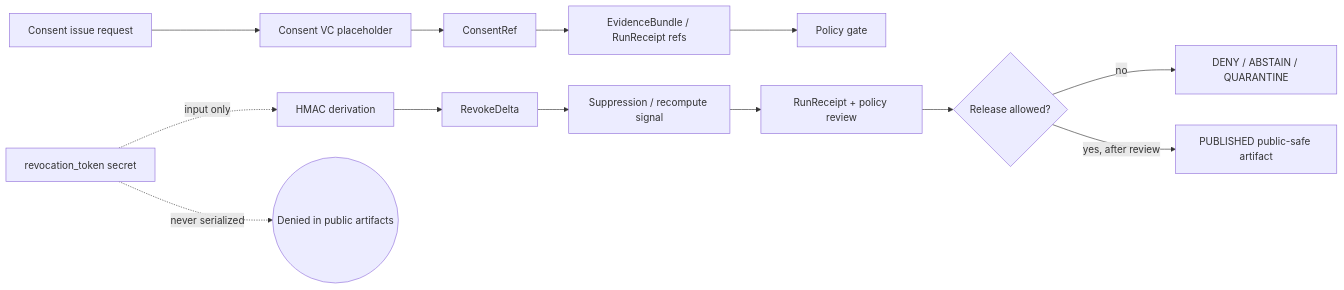
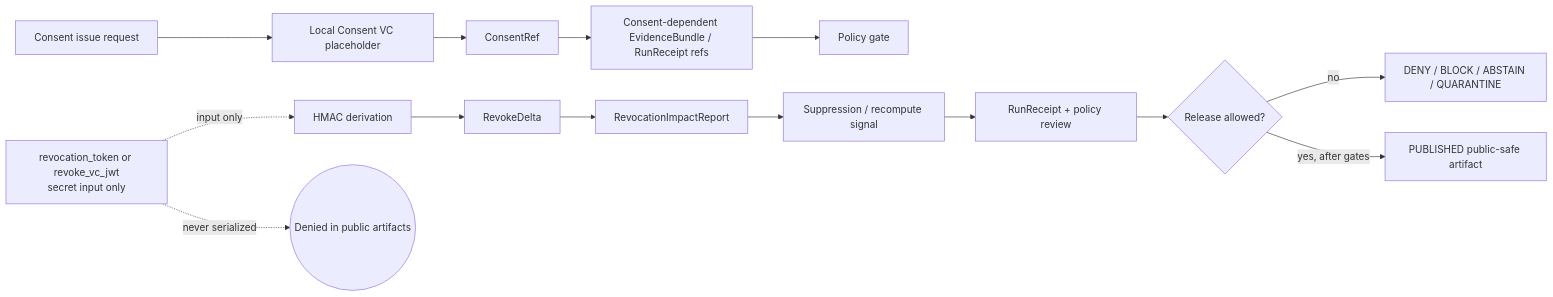
One commit to bartytime4life/Kansas-Frontier-Matrix changed the first of 2 diagrams in docs/control-plane/CONSENT_AND_REVOCATION.md. Above: the diagram before and after it, drawn with Mermaid. The commit also changed other lines of this file, not shown here.

````diff
--- a/docs/control-plane/CONSENT_AND_REVOCATION.md
+++ b/docs/control-plane/CONSENT_AND_REVOCATION.md
@@ -160,17 +171,19 @@
 ```mermaid
 flowchart LR
-    A[Consent issue request] --> B[Consent VC placeholder]
+    A[Consent issue request] --> B[Local Consent VC placeholder]
     B --> C[ConsentRef]
-    C --> D[EvidenceBundle / RunReceipt refs]
+    C --> D[Consent-dependent EvidenceBundle / RunReceipt refs]
     D --> E[Policy gate]
 
-    R[revocation_token secret] -. input only .-> H[HMAC derivation]
+    R[revocation_token or revoke_vc_jwt<br/>secret input only] -. input only .-> H[HMAC derivation]
     H --> I[RevokeDelta]
-    I --> J[Suppression / recompute signal]
-    J --> K[RunReceipt + policy review]
-    K --> L{Release allowed?}
-    L -->|no| M[DENY / ABSTAIN / QUARANTINE]
-    L -->|yes, after review| N[PUBLISHED public-safe artifact]
+    I --> J[RevocationImpactReport]
+    J --> K[Suppression / recompute signal]
+    K --> L[RunReceipt + policy review]
+    L --> M{Release allowed?}
+
+    M -->|no| N[DENY / BLOCK / ABSTAIN / QUARANTINE]
+    M -->|yes, after gates| O[PUBLISHED public-safe artifact]
 
     R -. never serialized .-> X((Denied in public artifacts))
 ```
````
